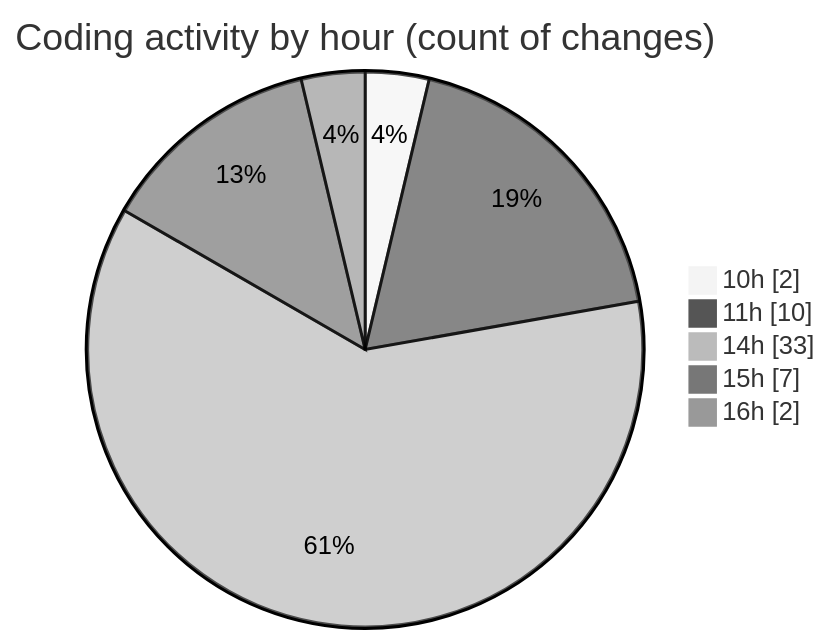
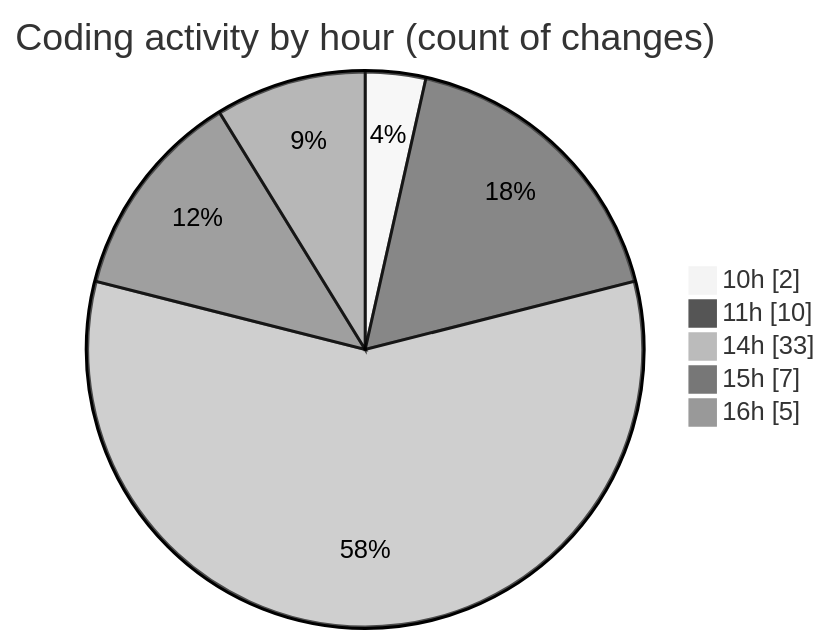
Before and after one commit to idhammustaqopulfikri/code-tracking: the second of 2 diagrams in 2025-06-02/studio-backend/README.md, drawn with Mermaid (neutral theme). The commit also changed other lines of this file and 1 other file, not shown here.

````diff
--- a/2025-06-02/studio-backend/README.md
+++ b/2025-06-02/studio-backend/README.md
@@ -43,9 +43,9 @@
 ```mermaid
 pie showData
 title Coding activity by hour (count of changes)
 "10h" : 2
 "11h" : 10
 "14h" : 33
 "15h" : 7
-"16h" : 2
+"16h" : 5
 ```
````
